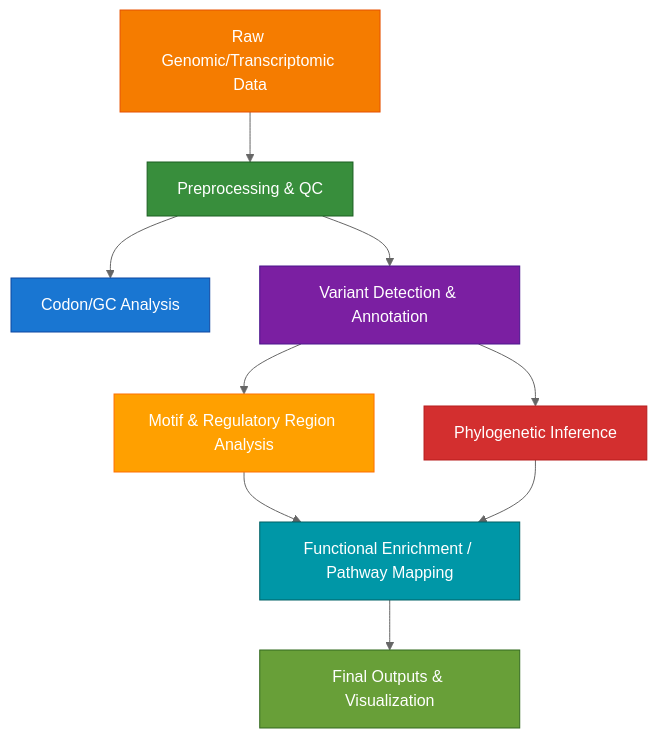
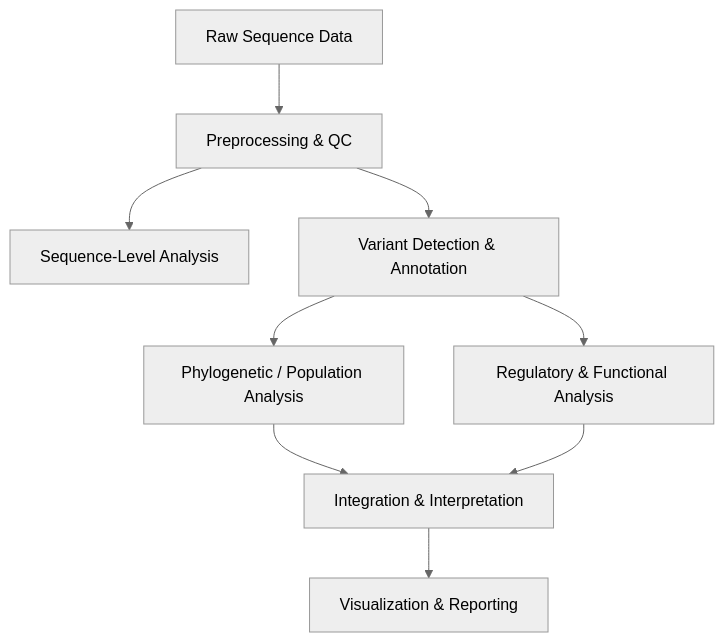
Before and after one commit to Aridoge13/Computational_Biology: the diagram in README.md, drawn with Mermaid (neutral theme). The commit also changed other lines of this file and 5 other files, not shown here.

````diff
--- a/README.md
+++ b/README.md
@@ -91,21 +62,11 @@
 ```mermaid
 graph TD
-  A[Raw Genomic/Transcriptomic Data] --> B[Preprocessing & QC]
-  B --> C[Codon/GC Analysis]
+  A[Raw Sequence Data] --> B[Preprocessing & QC]
+  B --> C[Sequence-Level Analysis]
   B --> D[Variant Detection & Annotation]
-  D --> E[Phylogenetic Inference]
-  D --> F[Motif & Regulatory Region Analysis]
-  F --> G[Functional Enrichment / Pathway Mapping]
-  E --> G
-  G --> H[Final Outputs & Visualization]
-
-  %% Color definitions (must be on separate lines)
-  style A fill:#f57c00,stroke:#e65100,color:#ffffff
-  style B fill:#388e3c,stroke:#1b5e20,color:#ffffff
-  style C fill:#1976d2,stroke:#0d47a1,color:#ffffff
-  style D fill:#7b1fa2,stroke:#4a148c,color:#ffffff
-  style E fill:#d32f2f,stroke:#b71c1c,color:#ffffff
-  style F fill:#ffa000,stroke:#ff6f00,color:#ffffff
-  style G fill:#0097a7,stroke:#006064,color:#ffffff
-  style H fill:#689f38,stroke:#33691e,color:#ffffff
+  D --> E[Phylogenetic / Population Analysis]
+  D --> F[Regulatory & Functional Analysis]
+  E --> G[Integration & Interpretation]
+  F --> G
+  G --> H[Visualization & Reporting]
 ```
````
